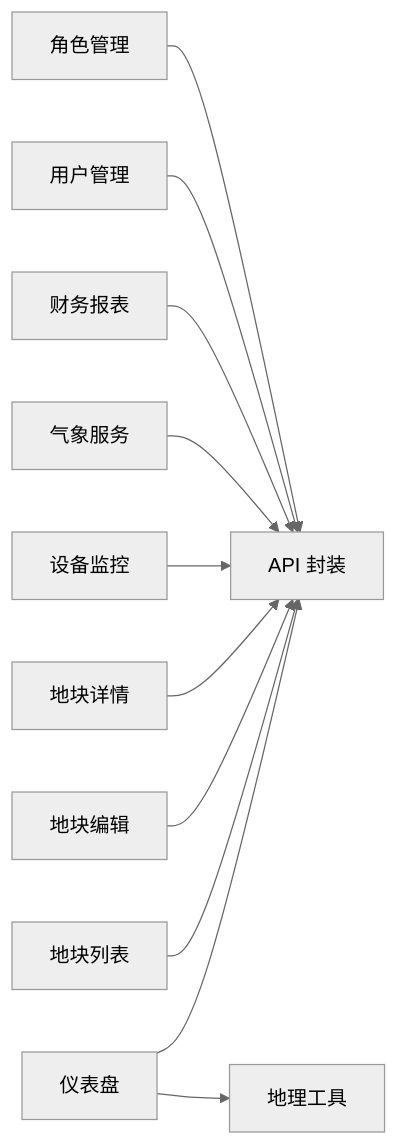
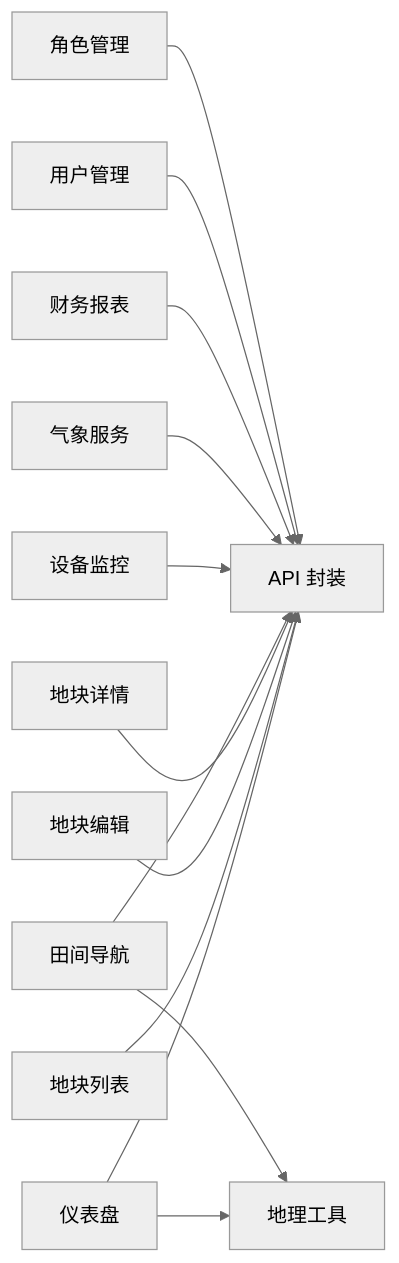
One commit to q446328246/agri-platform changed the tenth of 10 diagrams in .qoder/repowiki/zh/content/前端应用文档/核心页面/核心页面.md. Above: the diagram before and after it, drawn with Mermaid (neutral theme). The commit also changed other lines of this file and 52 other files, not shown here.

````diff
--- a/.qoder/repowiki/zh/content/前端应用文档/核心页面/核心页面.md
+++ b/.qoder/repowiki/zh/content/前端应用文档/核心页面/核心页面.md
@@ -390,13 +462,15 @@
 ```mermaid
 graph LR
 Dashboard["仪表盘"] --> API["API 封装"]
 PlotList["地块列表"] --> API
 PlotEdit["地块编辑"] --> API
 PlotDetail["地块详情"] --> API
+FarmNavigation["田间导航"] --> API
 DeviceMonitor["设备监控"] --> API
 WeatherIndex["气象服务"] --> API
 FinanceIndex["财务报表"] --> API
 SystemUser["用户管理"] --> API
 SystemRole["角色管理"] --> API
 Dashboard --> Geo["地理工具"]
+FarmNavigation --> Geo
 ```
````
